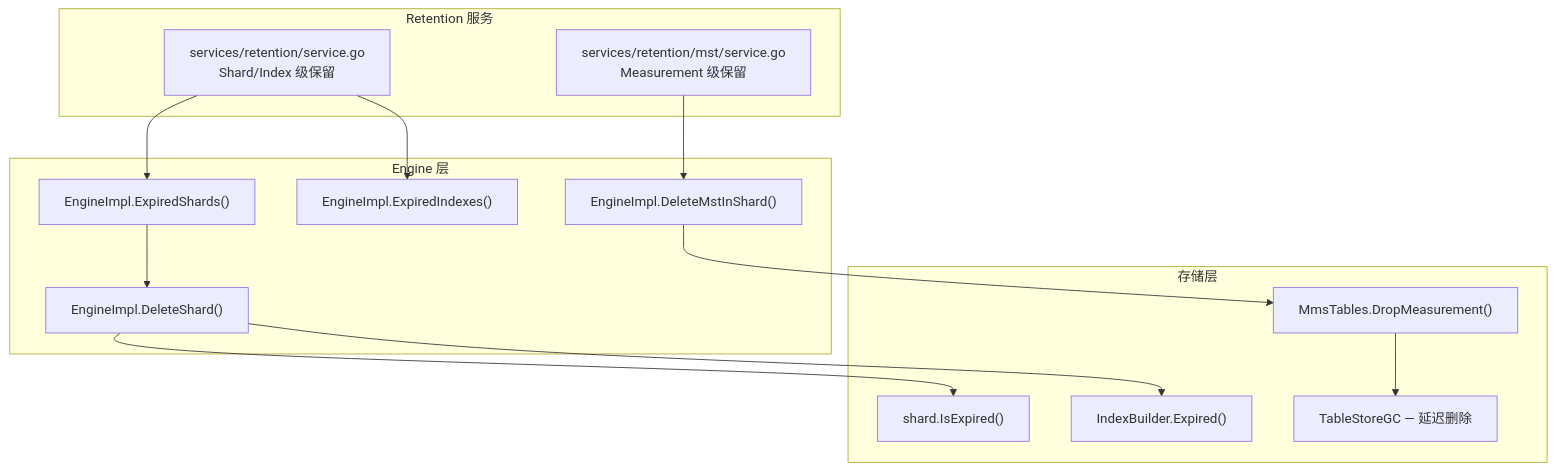
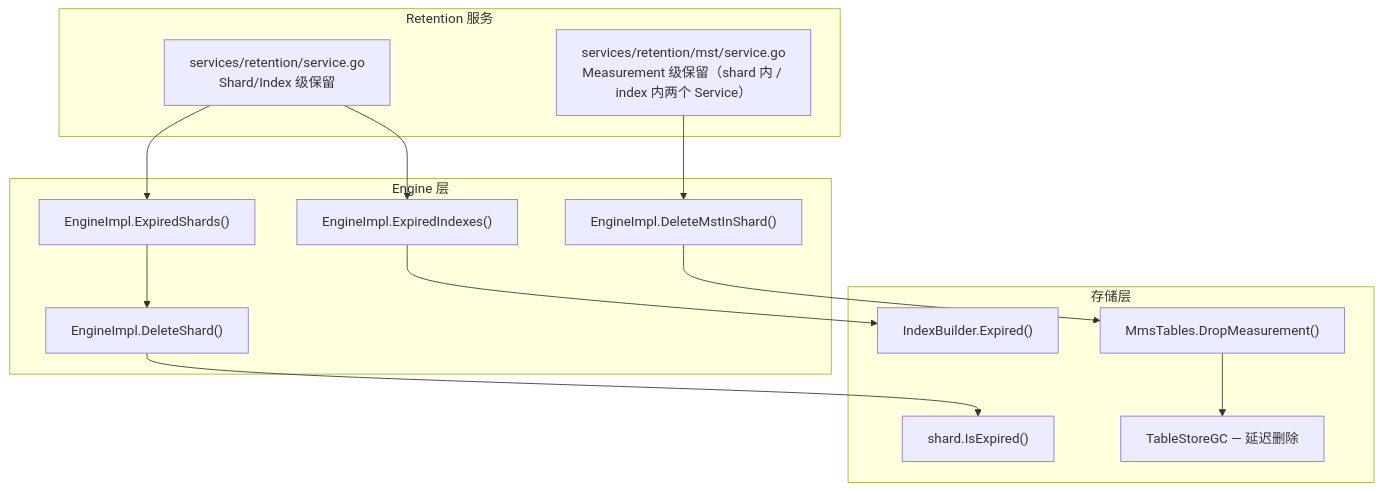
One commit to stefanv5/openGemini changed the second of 8 diagrams in docs/specs/18_retention_policy_spec.md. Above: the diagram before and after it, drawn with Mermaid. The commit also changed other lines of this file and 37 other files, not shown here.

````diff
--- a/docs/specs/18_retention_policy_spec.md
+++ b/docs/specs/18_retention_policy_spec.md
@@ -37,28 +39,28 @@
 ```mermaid
 graph TB
     subgraph "Retention 服务"
         A["services/retention/service.go<br/>Shard/Index 级保留"]
-        B["services/retention/mst/service.go<br/>Measurement 级保留"]
+        B["services/retention/mst/service.go<br/>Measurement 级保留（shard 内 / index 内两个 Service）"]
     end
 
     subgraph "Engine 层"
         C["EngineImpl.ExpiredShards()"]
         D["EngineImpl.ExpiredIndexes()"]
         E["EngineImpl.DeleteShard()"]
         F["EngineImpl.DeleteMstInShard()"]
     end
 
     subgraph "存储层"
         G["shard.IsExpired()"]
         H["IndexBuilder.Expired()"]
         I["MmsTables.DropMeasurement()"]
         J["TableStoreGC — 延迟删除"]
     end
 
     A --> C --> E
     A --> D
     B --> F
     E --> G
-    E --> H
+    D --> H
     F --> I --> J
 ```
````
